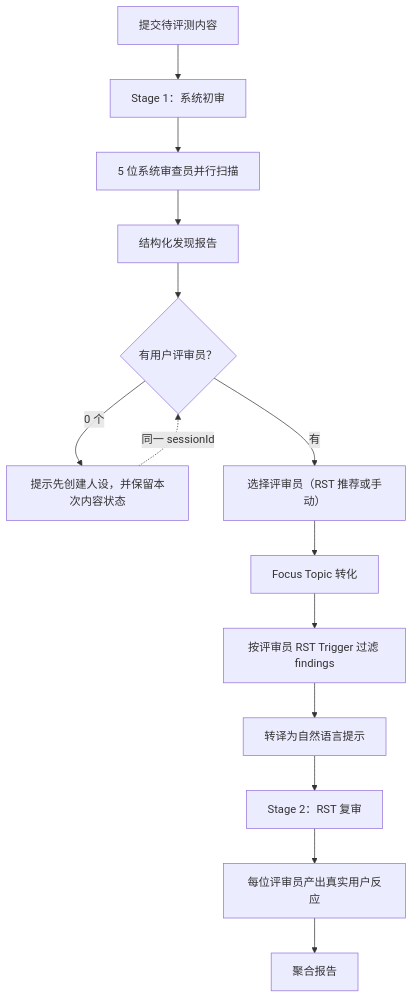
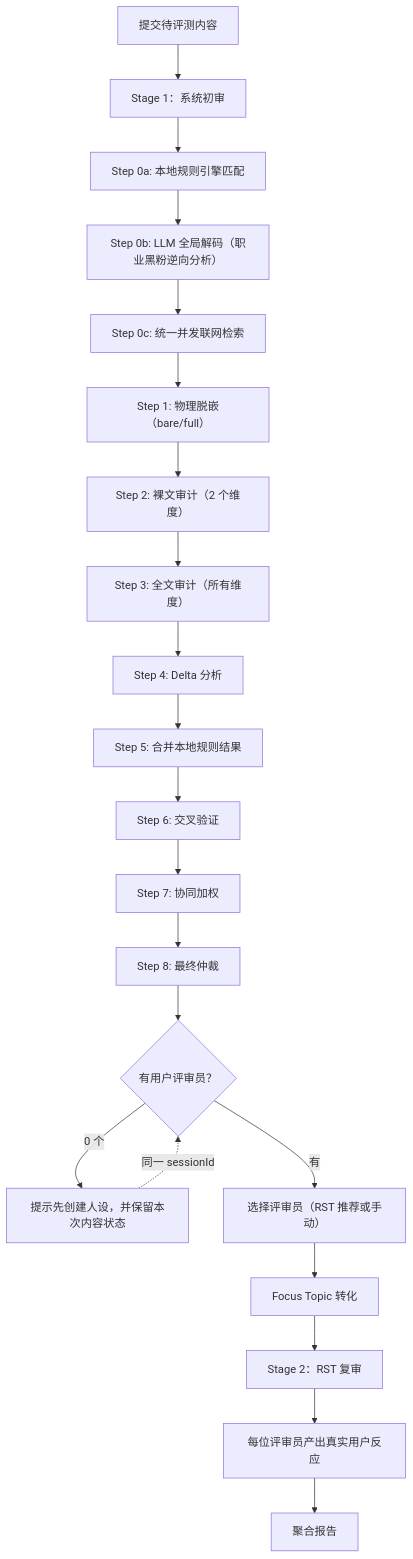
One commit to ChurzeXo/kevlar-4u changed the first of 7 diagrams in docs/README.zh.md. Above: the diagram before and after it, drawn with Mermaid. The commit also changed other lines of this file and 7 other files, not shown here.

````diff
--- a/docs/README.zh.md
+++ b/docs/README.zh.md
@@ -130,16 +130,23 @@
 ```mermaid
 flowchart TD
   A["提交待评测内容"] --> B["Stage 1：系统初审"]
-  B --> C["5 位系统审查员并行扫描"]
-  C --> D["结构化发现报告"]
-  D --> E{"有用户评审员？"}
-  E -->|0 个| F["提示先创建人设，并保留本次内容状态"]
-  F -.->|"同一 sessionId"| E
-  E -->|有| G["选择评审员（RST 推荐或手动）"]
-  G --> H["Focus Topic 转化"]
-  H --> I["按评审员 RST Trigger 过滤 findings"]
-  I --> J["转译为自然语言提示"]
-  J --> K["Stage 2：RST 复审"]
-  K --> L["每位评审员产出真实用户反应"]
-  L --> M["聚合报告"]
+  B --> C["Step 0a: 本地规则引擎匹配"]
+  C --> D["Step 0b: LLM 全局解码（职业黑粉逆向分析）"]
+  D --> E["Step 0c: 统一并发联网检索"]
+  E --> F["Step 1: 物理脱嵌（bare/full）"]
+  F --> G["Step 2: 裸文审计（2 个维度）"]
+  G --> H["Step 3: 全文审计（所有维度）"]
+  H --> I["Step 4: Delta 分析"]
+  I --> J["Step 5: 合并本地规则结果"]
+  J --> K["Step 6: 交叉验证"]
+  K --> L["Step 7: 协同加权"]
+  L --> M["Step 8: 最终仲裁"]
+  M --> N{"有用户评审员？"}
+  N -->|0 个| O["提示先创建人设，并保留本次内容状态"]
+  O -.->|"同一 sessionId"| N
+  N -->|有| P["选择评审员（RST 推荐或手动）"]
+  P --> Q["Focus Topic 转化"]
+  Q --> R["Stage 2：RST 复审"]
+  R --> S["每位评审员产出真实用户反应"]
+  S --> T["聚合报告"]
 ```
````
